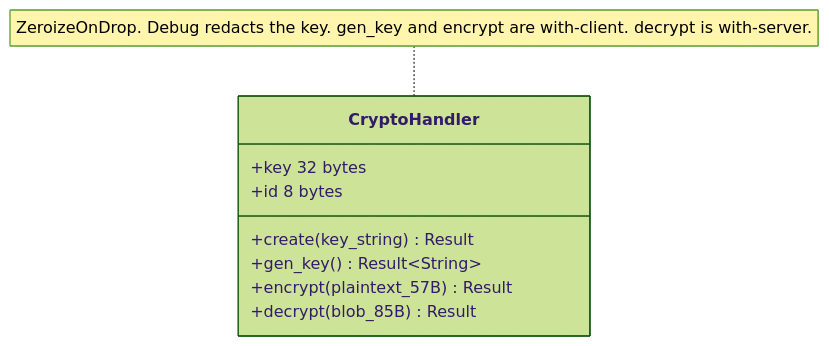
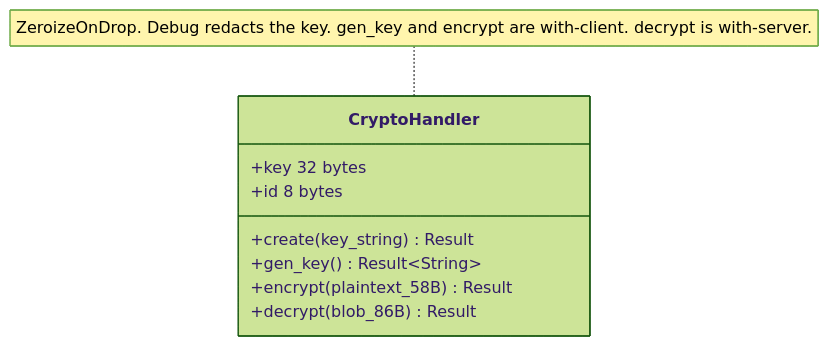
The diagram in docs/src/common/crypto.md (beac0n/ruroco), drawn with Mermaid (forest theme) before and after one commit. The commit also changed other lines of this file and 15 other files, not shown here.

````diff
--- a/docs/src/common/crypto.md
+++ b/docs/src/common/crypto.md
@@ -8,12 +8,12 @@
 ```mermaid
 classDiagram
     class CryptoHandler {
         +key 32 bytes
         +id 8 bytes
         +create(key_string) Result
         +gen_key() Result~String~
-        +encrypt(plaintext_57B) Result
-        +decrypt(blob_85B) Result
+        +encrypt(plaintext_58B) Result
+        +decrypt(blob_86B) Result
     }
     note for CryptoHandler "ZeroizeOnDrop. Debug redacts the key. gen_key and encrypt are with-client. decrypt is with-server."
 ```
````
